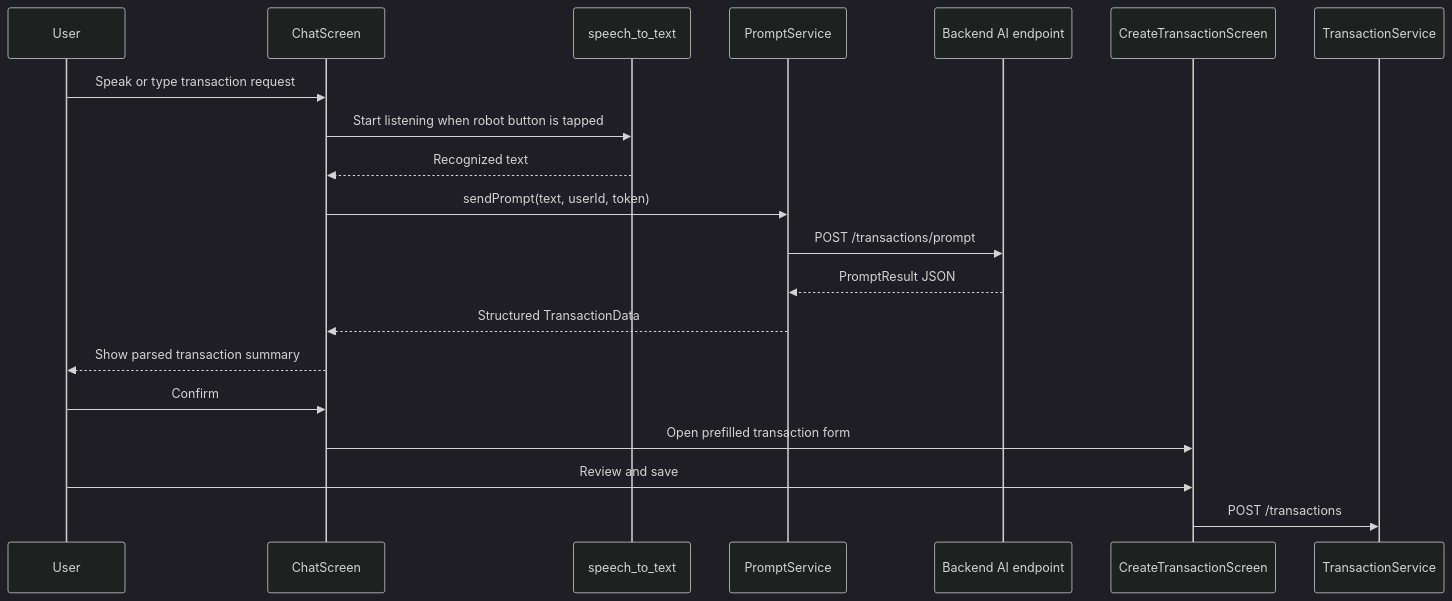
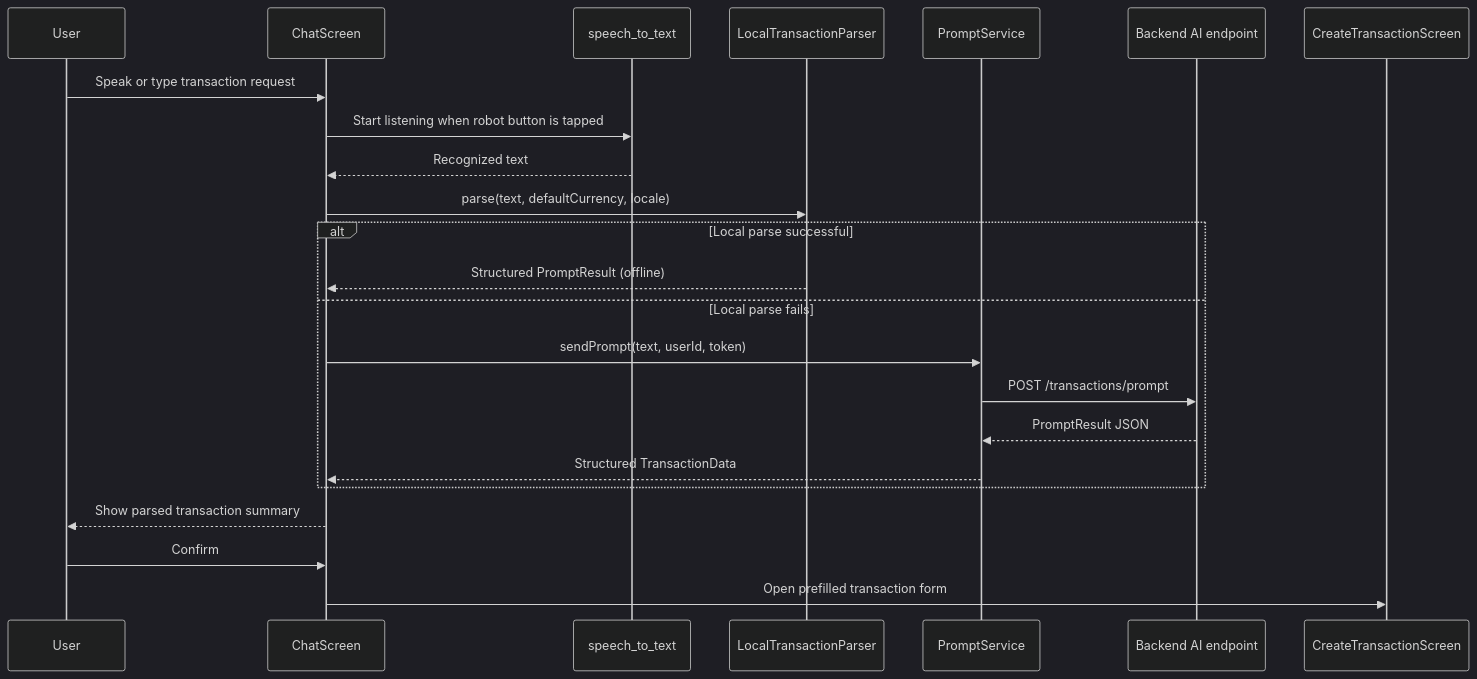
One commit to ttanh00123/projectfina changed the third of 5 diagrams in TECHNICAL_OVERVIEW.md. Above: the diagram before and after it, drawn with Mermaid (dark theme). The commit also changed other lines of this file, not shown here.

````diff
--- a/TECHNICAL_OVERVIEW.md
+++ b/TECHNICAL_OVERVIEW.md
@@ -106,23 +108,26 @@
 ```mermaid
 sequenceDiagram
     participant User
     participant Chat as ChatScreen
     participant STT as speech_to_text
+    participant LocalParser as LocalTransactionParser
     participant Prompt as PromptService
     participant API as Backend AI endpoint
     participant Form as CreateTransactionScreen
-    participant Tx as TransactionService
 
     User->>Chat: Speak or type transaction request
     Chat->>STT: Start listening when robot button is tapped
     STT-->>Chat: Recognized text
-    Chat->>Prompt: sendPrompt(text, userId, token)
-    Prompt->>API: POST /transactions/prompt
-    API-->>Prompt: PromptResult JSON
-    Prompt-->>Chat: Structured TransactionData
+    Chat->>LocalParser: parse(text, defaultCurrency, locale)
+    alt Local parse successful
+        LocalParser-->>Chat: Structured PromptResult (offline)
+    else Local parse fails
+        Chat->>Prompt: sendPrompt(text, userId, token)
+        Prompt->>API: POST /transactions/prompt
+        API-->>Prompt: PromptResult JSON
+        Prompt-->>Chat: Structured TransactionData
+    end
     Chat-->>User: Show parsed transaction summary
     User->>Chat: Confirm
     Chat->>Form: Open prefilled transaction form
-    User->>Form: Review and save
-    Form->>Tx: POST /transactions
 ```
````
